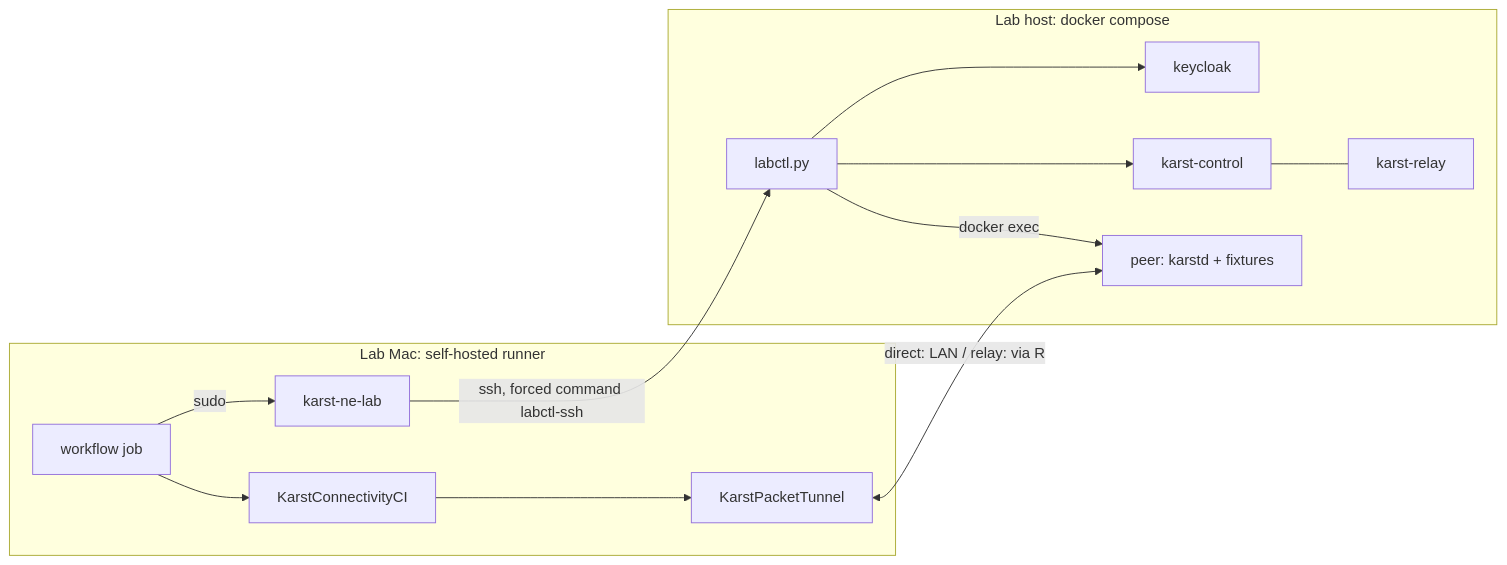
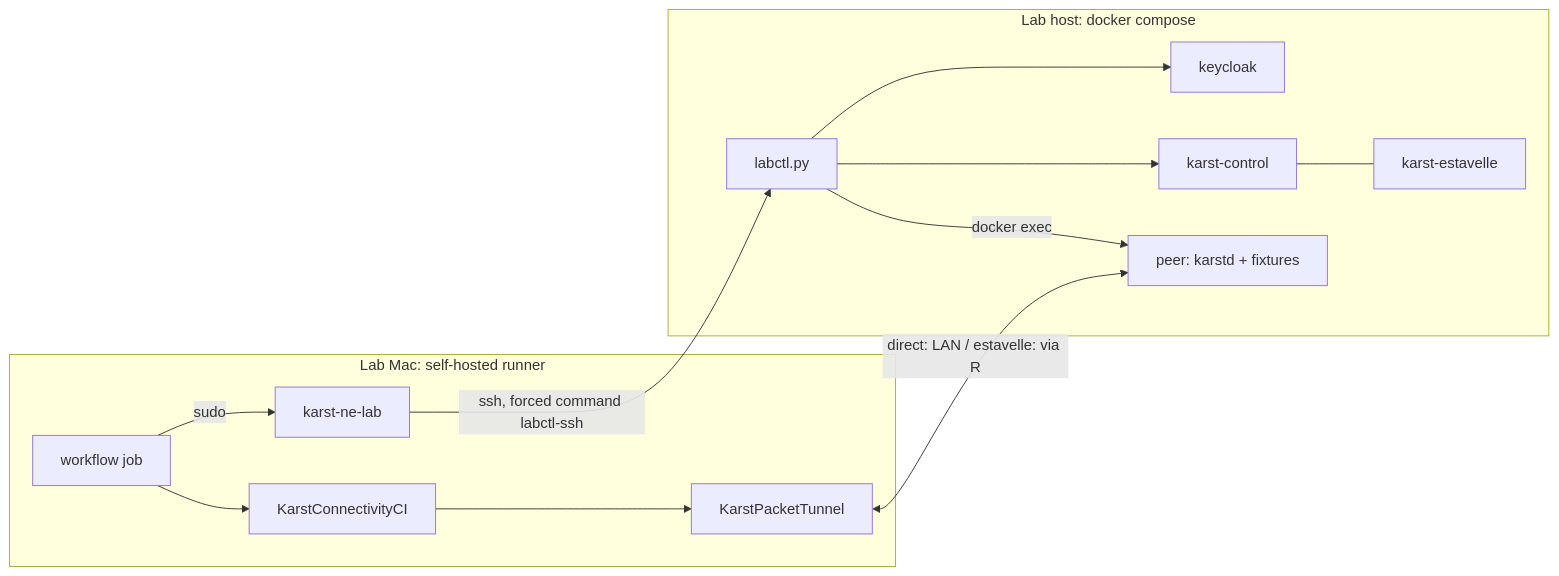
Before and after one commit to karst-net/karst: the diagram in deploy/lab/macos-ne/README.md, drawn with Mermaid. The commit also changed other lines of this file and 474 other files, not shown here.

First line of the commit message:
Rename AVEN/Relay/Gateway to Resurgence/Estavelle/Aven (ADR-0069) (#557)

````diff
--- a/deploy/lab/macos-ne/README.md
+++ b/deploy/lab/macos-ne/README.md
@@ -11,14 +11,14 @@
 ```mermaid
 flowchart LR
   subgraph Mac[Lab Mac: self-hosted runner]
     W[workflow job] -->|sudo| C[karst-ne-lab]
     W --> H[KarstConnectivityCI] --> NE[KarstPacketTunnel]
   end
   C -->|ssh, forced command labctl-ssh| L[labctl.py]
   subgraph Host[Lab host: docker compose]
     L --> KC[keycloak] & CP[karst-control]
     L -->|docker exec| P[peer: karstd + fixtures]
-    CP --- R[karst-relay]
+    CP --- R[karst-estavelle]
   end
-  NE <-->|direct: LAN / relay: via R| P
+  NE <-->|direct: LAN / estavelle: via R| P
 ```
````
